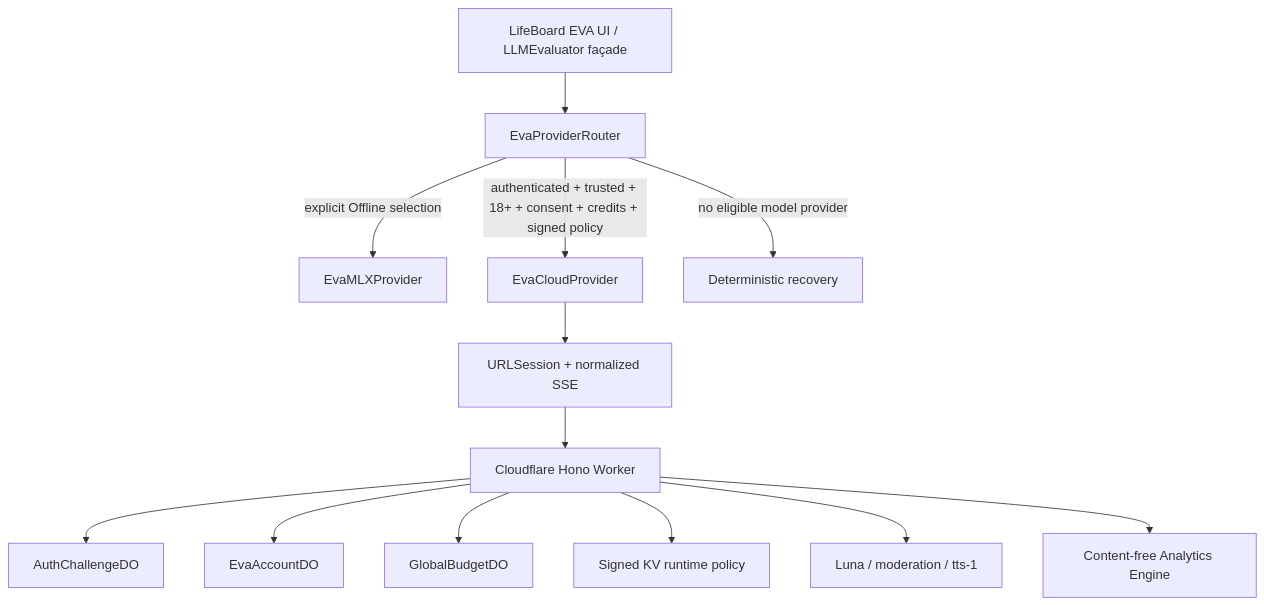
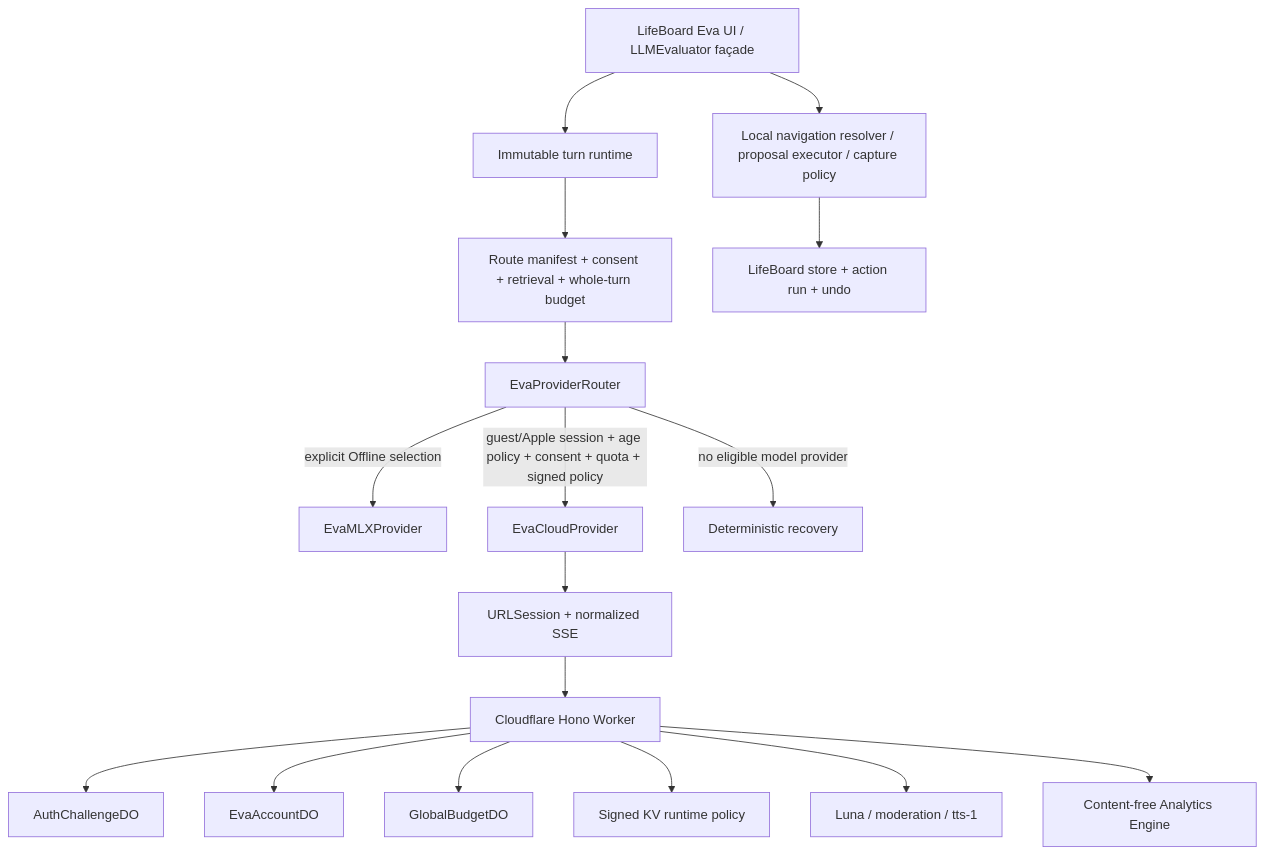
Before and after one commit to Saransh-Sharma/Tasker: the diagram in docs/eva/CLOUD_EVA_PRODUCT_AND_TECHNICAL_GUIDE.md, drawn with Mermaid. The commit also changed other lines of this file and 21 other files, not shown here.

First line of the commit message:
docs: update EVA architecture, roadmap, and research docs

````diff
--- a/docs/eva/CLOUD_EVA_PRODUCT_AND_TECHNICAL_GUIDE.md
+++ b/docs/eva/CLOUD_EVA_PRODUCT_AND_TECHNICAL_GUIDE.md
@@ -113,15 +135,19 @@
 ```mermaid
 flowchart TB
-    UI["LifeBoard EVA UI / LLMEvaluator façade"] --> Router["EvaProviderRouter"]
+    UI["LifeBoard Eva UI / LLMEvaluator façade"] --> Runtime["Immutable turn runtime"]
+    Runtime --> Context["Route manifest + consent + retrieval + whole-turn budget"]
+    Context --> Router["EvaProviderRouter"]
     Router -->|"explicit Offline selection"| MLX["EvaMLXProvider"]
-    Router -->|"authenticated + trusted + 18+ + consent + credits + signed policy"| Cloud["EvaCloudProvider"]
+    Router -->|"guest/Apple session + age policy + consent + quota + signed policy"| Cloud["EvaCloudProvider"]
     Router -->|"no eligible model provider"| Deterministic["Deterministic recovery"]
     Cloud --> Transport["URLSession + normalized SSE"]
     Transport --> Worker["Cloudflare Hono Worker"]
     Worker --> AuthDO["AuthChallengeDO"]
     Worker --> AccountDO["EvaAccountDO"]
     Worker --> BudgetDO["GlobalBudgetDO"]
     Worker --> Config["Signed KV runtime policy"]
     Worker --> OpenAI["Luna / moderation / tts-1"]
     Worker --> Analytics["Content-free Analytics Engine"]
+    UI --> Authority["Local navigation resolver / proposal executor / capture policy"]
+    Authority --> Store["LifeBoard store + action run + undo"]
 ```
````
